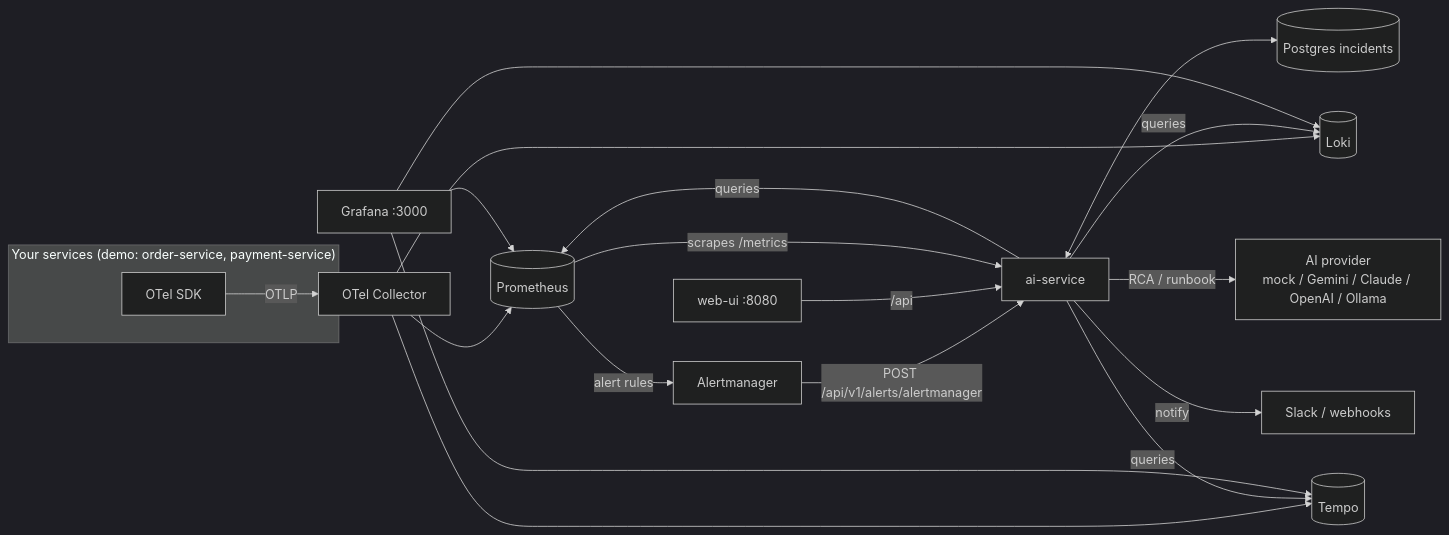
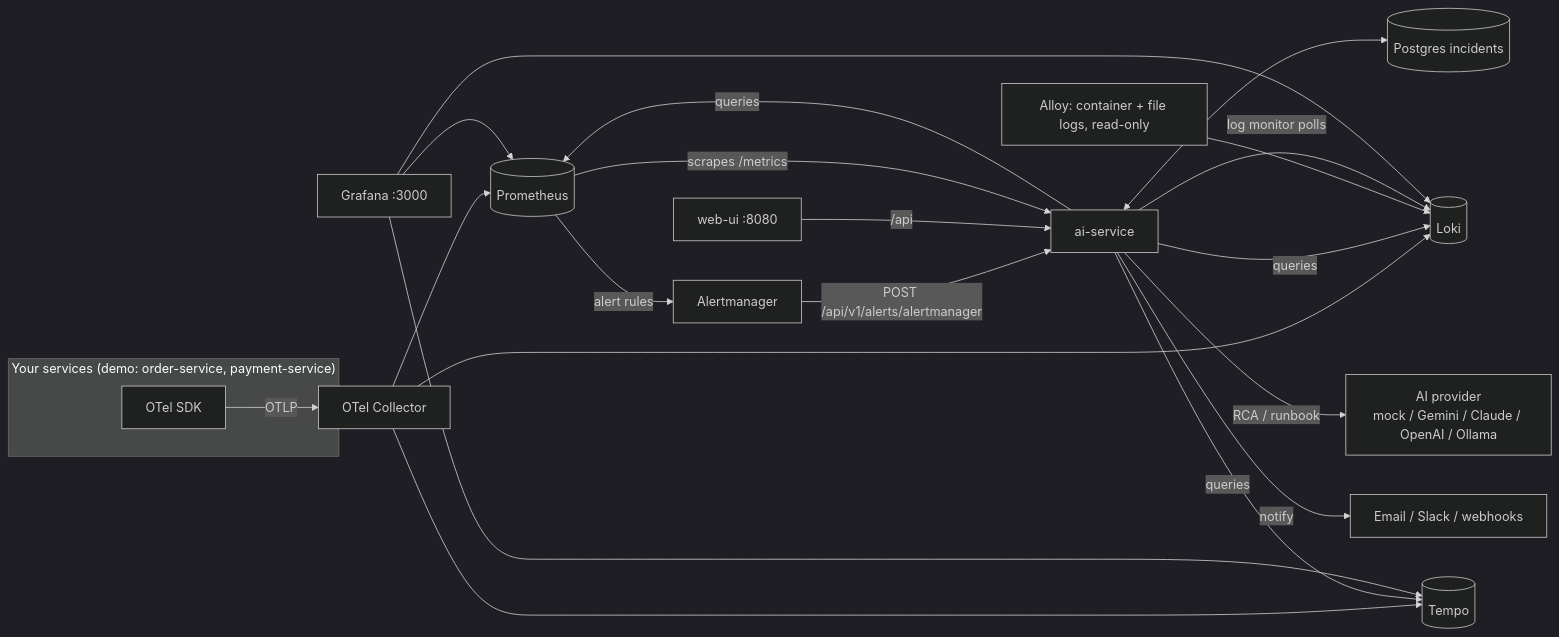
Before and after one commit to nasiruddin-code/AI-Incident-Intelligence-Platform: the first of 2 diagrams in docs/SYSTEM_FLOW.md, drawn with Mermaid (dark theme). The commit also changed other lines of this file and 24 other files, not shown here.

````diff
--- a/docs/SYSTEM_FLOW.md
+++ b/docs/SYSTEM_FLOW.md
@@ -28,19 +28,21 @@
 ```mermaid
 flowchart LR
   subgraph Apps["Your services (demo: order-service, payment-service)"]
     A1[OTel SDK]
   end
   A1 -- OTLP --> C[OTel Collector]
   C --> P[(Prometheus)]
   C --> L[(Loki)]
   C --> T[(Tempo)]
   P -- alert rules --> AM[Alertmanager]
   AM -- POST /api/v1/alerts/alertmanager --> AI[ai-service]
   AI <--> DB[(Postgres incidents)]
   AI -- queries --> P & L & T
   AI -- RCA / runbook --> LLM[AI provider<br/>mock / Gemini / Claude / OpenAI / Ollama]
-  AI -- notify --> N[Slack / webhooks]
+  AI -- notify --> N[Email / Slack / webhooks]
+  ALLOY[Alloy: container + file logs, read-only] --> L
+  AI -- log monitor polls --> L
   UI[web-ui :8080] -- /api --> AI
   G[Grafana :3000] --> P & L & T
   P -- scrapes /metrics --> AI
 ```
````
